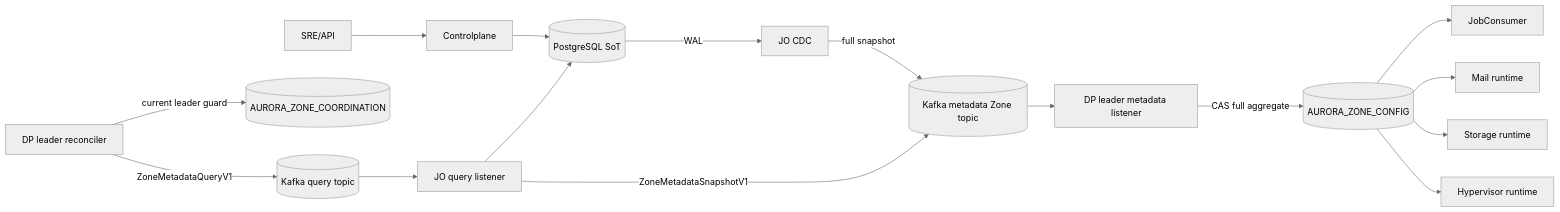
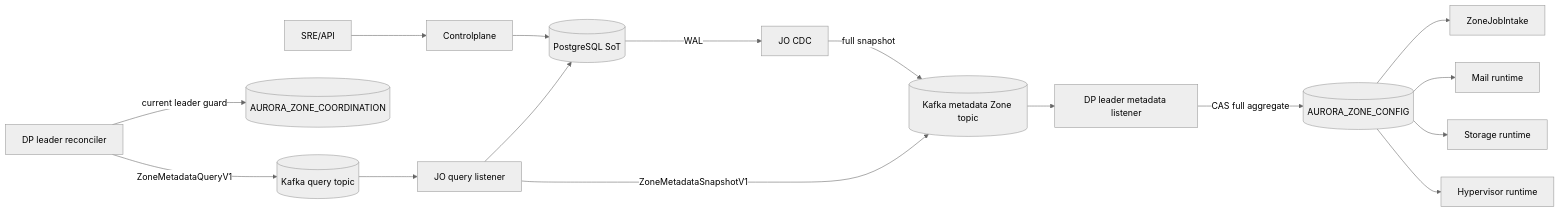
The first of 3 diagrams in god_view/hierarchy/zone_metadata_sync_and_state_machine_god_view.md (phucle996/aurora), drawn with Mermaid (neutral theme) before and after one commit. The commit also changed other lines of this file and 62 other files, not shown here.

Commit message:
refactor: migrate job lifecycle to a new structured job_runtime module architecture

````diff
--- a/god_view/hierarchy/zone_metadata_sync_and_state_machine_god_view.md
+++ b/god_view/hierarchy/zone_metadata_sync_and_state_machine_god_view.md
@@ -23,20 +23,20 @@
 ```mermaid
 flowchart LR
     SRE[SRE/API] --> CP[Controlplane]
     CP --> PG[(PostgreSQL SoT)]
     PG -->|WAL| JO[JO CDC]
     JO -->|full snapshot| KT[(Kafka metadata Zone topic)]
     KT --> DPL[DP leader metadata listener]
     DPL -->|CAS full aggregate| CFG[(AURORA_ZONE_CONFIG)]
 
     DPR[DP leader reconciler] -->|current leader guard| COORD[(AURORA_ZONE_COORDINATION)]
     DPR -->|ZoneMetadataQueryV1| KQ[(Kafka query topic)]
     KQ --> JOQ[JO query listener]
     JOQ --> PG
     JOQ -->|ZoneMetadataSnapshotV1| KT
 
-    CFG --> JC[JobConsumer]
+    CFG --> JC[ZoneJobIntake]
     CFG --> MM[Mail runtime]
     CFG --> SM[Storage runtime]
     CFG --> HM[Hypervisor runtime]
 ```
````
